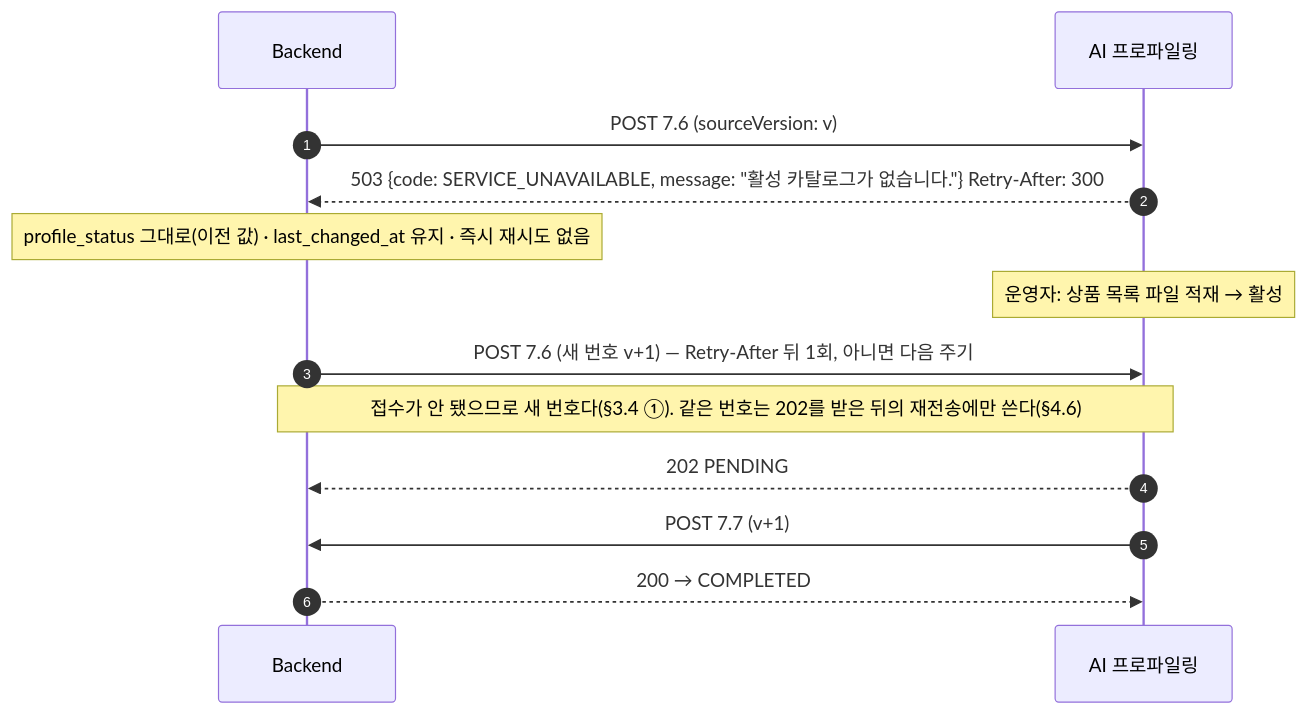
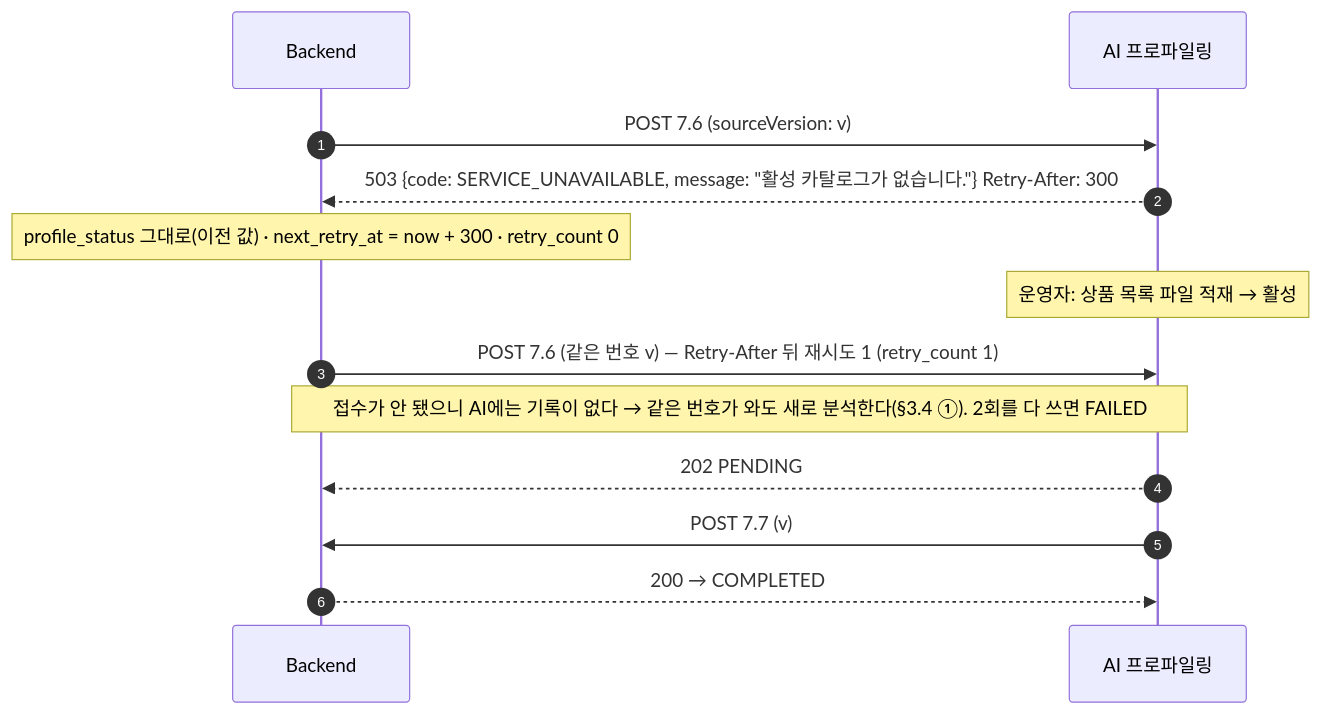
Before and after one commit to 100-hours-a-week/KTB4-12th-AI: the second of 6 diagrams in profiling/docs/BE_연동_필드표_v1.md, drawn with Mermaid. The commit also changed other lines of this file and 7 other files, not shown here.

First line of the commit message:
docs(profiling): 재시도 용어를 BE 모델로 통일 — 같은 번호, retry_count는 접수 실패·결과 미도달 둘 다

````diff
--- a/profiling/docs/BE_연동_필드표_v1.md
+++ b/profiling/docs/BE_연동_필드표_v1.md
@@ -316,15 +316,15 @@
 ```mermaid
 sequenceDiagram
   autonumber
   participant BE as Backend
   participant AI as AI 프로파일링
   BE->>AI: POST 7.6 (sourceVersion: v)
   AI-->>BE: 503 {code: SERVICE_UNAVAILABLE, message: "활성 카탈로그가 없습니다."}  Retry-After: 300
-  Note over BE: profile_status 그대로(이전 값) · last_changed_at 유지 · 즉시 재시도 없음
+  Note over BE: profile_status 그대로(이전 값) · next_retry_at = now + 300 · retry_count 0
   Note over AI: 운영자: 상품 목록 파일 적재 → 활성
-  BE->>AI: POST 7.6 (새 번호 v+1) — Retry-After 뒤 1회, 아니면 다음 주기
-  Note over BE,AI: 접수가 안 됐으므로 새 번호다(§3.4 ①). 같은 번호는 202를 받은 뒤의 재전송에만 쓴다(§4.6)
+  BE->>AI: POST 7.6 (같은 번호 v) — Retry-After 뒤 재시도 1 (retry_count 1)
+  Note over BE,AI: 접수가 안 됐으니 AI에는 기록이 없다 → 같은 번호가 와도 새로 분석한다(§3.4 ①). 2회를 다 쓰면 FAILED
   AI-->>BE: 202 PENDING
-  AI->>BE: POST 7.7 (v+1)
+  AI->>BE: POST 7.7 (v)
   BE-->>AI: 200 → COMPLETED
 ```
````
